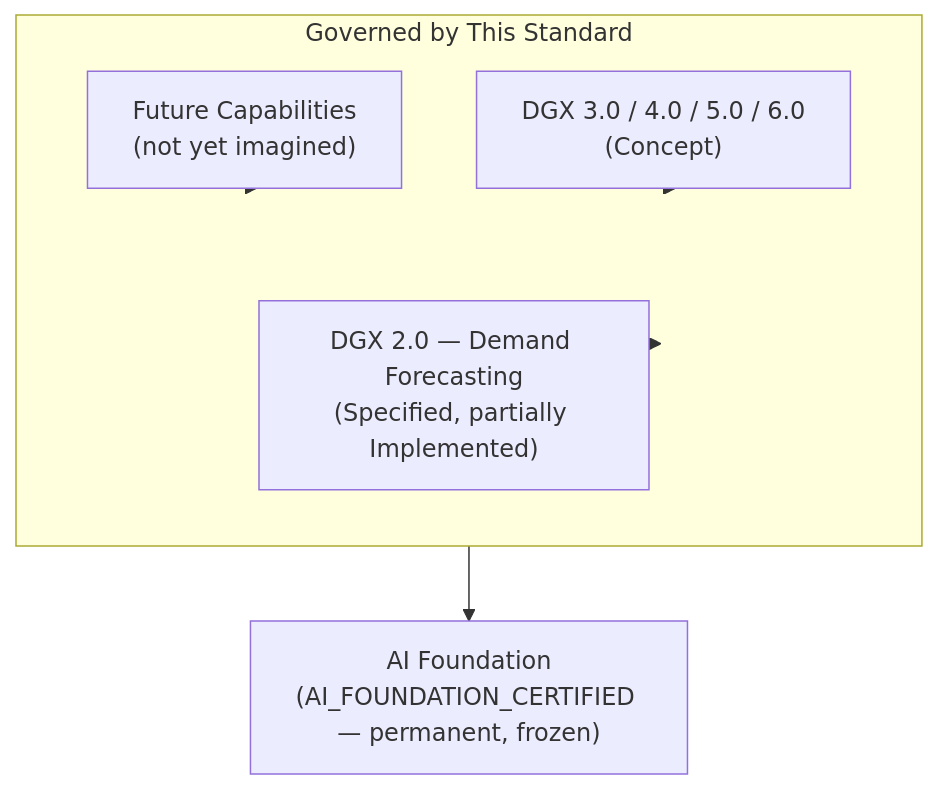
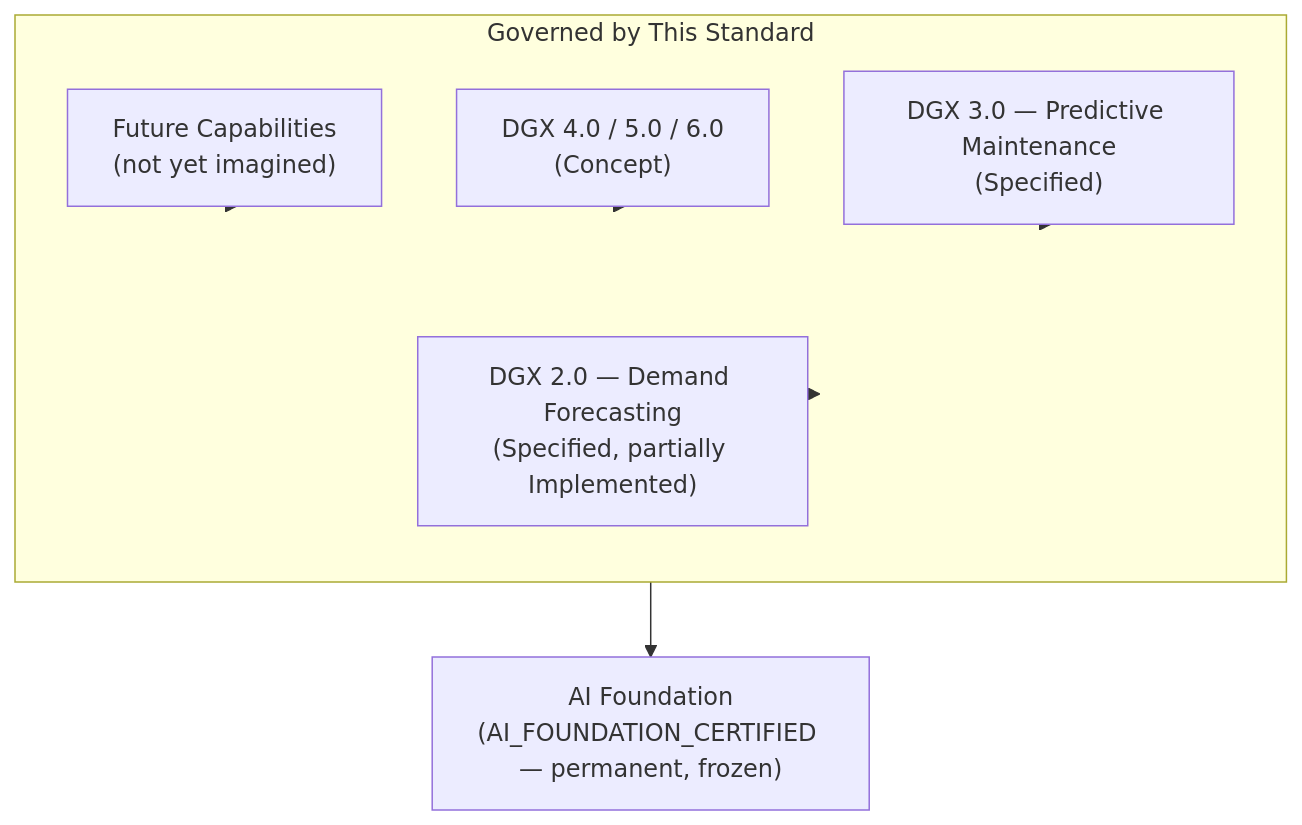
One commit to husseizo/GSL2026 changed the third of 5 diagrams in docs/governance/AIOS_CAPABILITY_GOVERNANCE_STANDARD_V1.md. Above: the diagram before and after it, drawn with Mermaid. The commit also changed other lines of this file and 5 other files, not shown here.

````diff
--- a/docs/governance/AIOS_CAPABILITY_GOVERNANCE_STANDARD_V1.md
+++ b/docs/governance/AIOS_CAPABILITY_GOVERNANCE_STANDARD_V1.md
@@ -495,15 +495,17 @@
 ```mermaid
 flowchart TB
     subgraph Top["Governed by This Standard"]
         direction TB
         Cn["Future Capabilities\n(not yet imagined)"]
-        C3["DGX 3.0 / 4.0 / 5.0 / 6.0\n(Concept)"]
+        C456["DGX 4.0 / 5.0 / 6.0\n(Concept)"]
+        C3["DGX 3.0 — Predictive Maintenance\n(Specified)"]
         C2["DGX 2.0 — Demand Forecasting\n(Specified, partially Implemented)"]
     end
     Found["AI Foundation\n(AI_FOUNDATION_CERTIFIED — permanent, frozen)"]
 
     Cn --> Top
+    C456 --> Top
     C3 --> Top
     C2 --> Top
     Top --> Found
 ```
````
